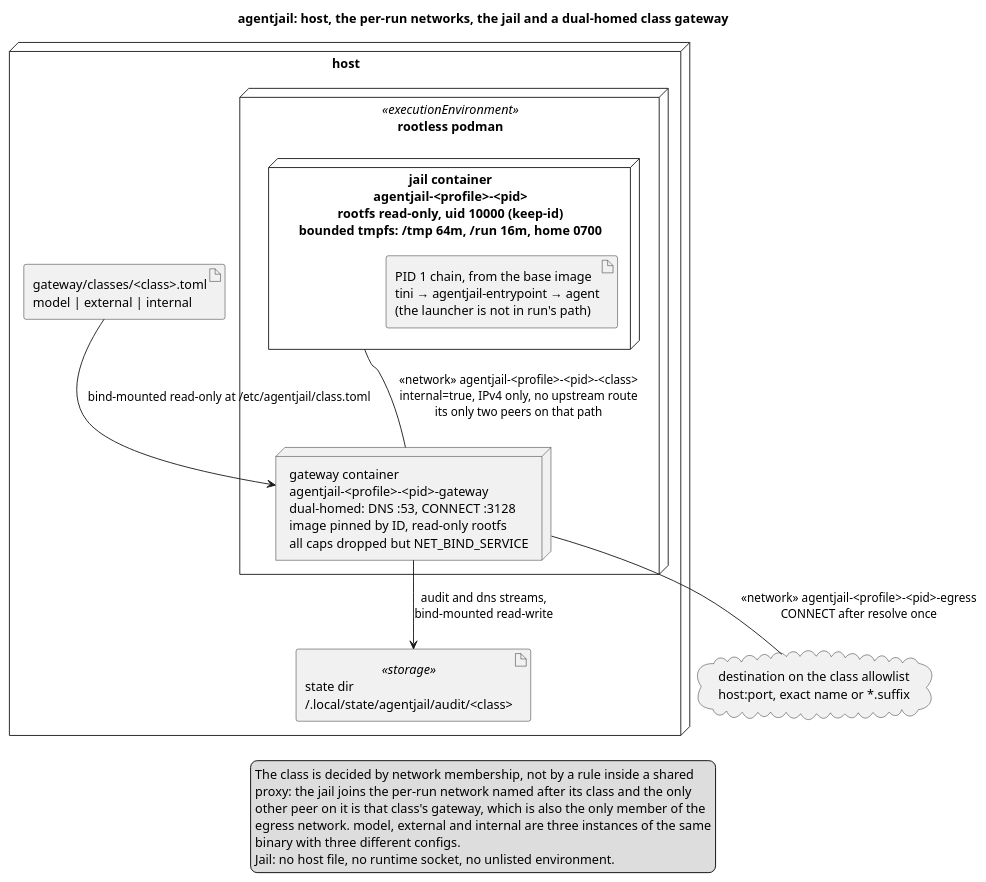
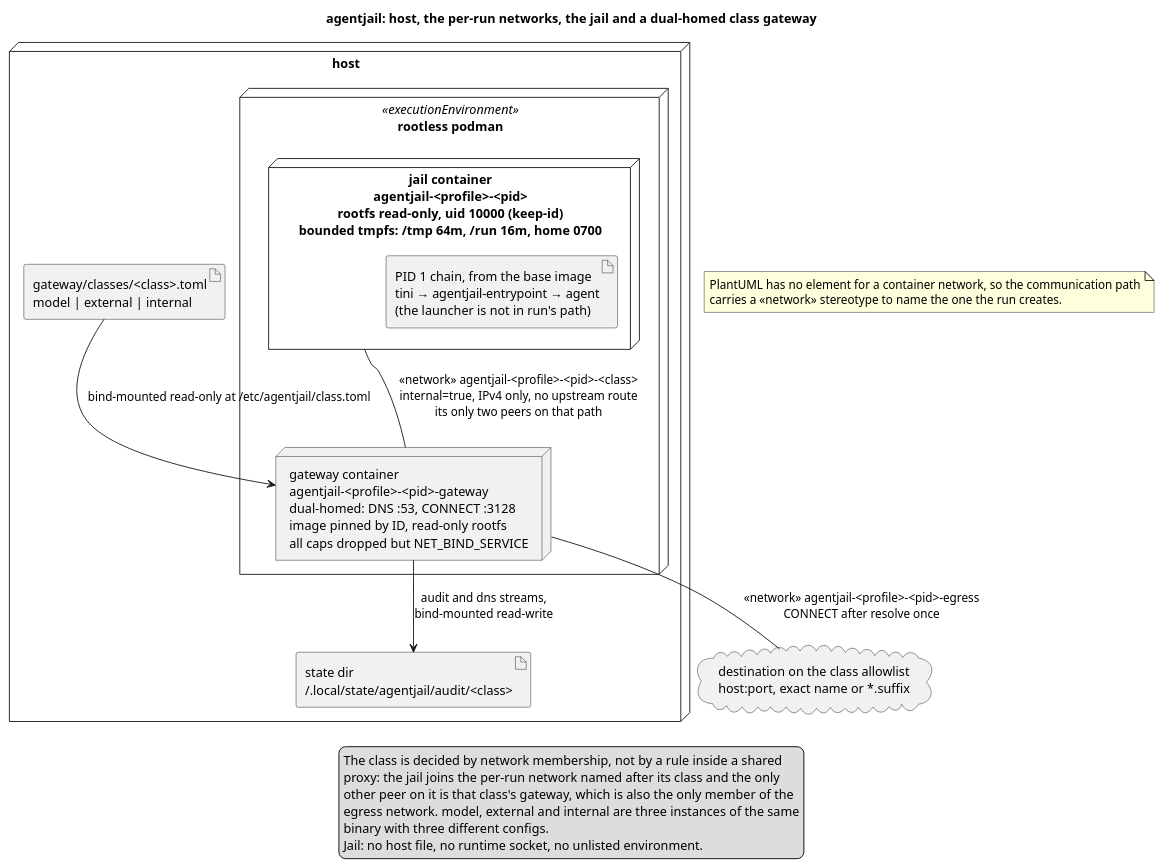
Before and after one commit to Breinich/agentjail: the diagram in docs/diagrams/deployment.puml, drawn with PlantUML. The commit also changed 1 other file, not shown here.

Commit message:
diagrams/deployment: one real stereotype, one documented customisation
`artifact "state dir" <<storage>>` invented a stereotype. There is no UML 2
storage element to swap in: the closest real ones («device», «deployment spec»)
describe hardware or the parameters an artifact is deployed with, not a
directory, so the directory stays an «artifact» — a physical piece of
information, which is what the per-run files are — and its name says "state
dir", which is what it is.

The «network» on a communication path is ours, not UML's, so the diagram now
says so in a note: PlantUML has no element for a container network, and the
path carries the stereotype to name the one the run creates. That turns a
customisation into a decision the next reviewer can check against UML instead
of having to trust it.

```diff
--- a/docs/diagrams/deployment.puml
+++ b/docs/diagrams/deployment.puml
@@ -1,37 +1,42 @@
 @startuml deployment
 ' UML deployment diagram only: nodes, «executionEnvironment», «artifact» and
 ' communication paths, and no other diagram or UML element type. A network is
 ' a path between deployed elements, never an element of its own.
 ' Source of record for docs/diagrams/deployment.svg. Do not edit the SVG:
 ' render it with the pinned PlantUML image (docs/adopting.md).
 ' &#45;&#45; is a literal "--": PlantUML reads --text-- as strikeout.
 title agentjail: host, the per-run networks, the jail and a dual-homed class gateway
 
 node "host" as host {
   node "rootless podman" <<executionEnvironment>> as runtime {
     node "jail container\nagentjail-<profile>-<pid>\nrootfs read-only, uid 10000 (keep-id)\nbounded tmpfs: /tmp 64m, /run 16m, home 0700" as jail {
       artifact "PID 1 chain, from the base image\ntini → agentjail-entrypoint → agent\n(the launcher is not in run's path)" as init
     }
     node "gateway container\nagentjail-<profile>-<pid>-gateway\ndual-homed: DNS :53, CONNECT :3128\nimage pinned by ID, read-only rootfs\nall caps dropped but NET_BIND_SERVICE" as gateway
   }
 
   artifact "gateway/classes/<class>.toml\nmodel | external | internal" as classcfg
-  artifact "state dir\n~/.local/state/agentjail/audit/<class>" <<storage>> as state
+  artifact "state dir\n~/.local/state/agentjail/audit/<class>" as state
 }
 
 cloud "destination on the class allowlist\nhost:port, exact name or *.suffix" as destination
 
 classcfg --> gateway : bind-mounted read-only at /etc/agentjail/class.toml
 jail -- gateway : «network» agentjail-<profile>-<pid>-<class>\ninternal=true, IPv4 only, no upstream route\nits only two peers on that path
 gateway -- destination : «network» agentjail-<profile>-<pid>-egress\nCONNECT after resolve once
 gateway --> state : audit and dns streams,\nbind-mounted read-write
+
+note as netnote
+  PlantUML has no element for a container network, so the communication path
+  carries a «network» stereotype to name the one the run creates.
+end note
 
 legend bottom
   The class is decided by network membership, not by a rule inside a shared
   proxy: the jail joins the per-run network named after its class and the only
   other peer on it is that class's gateway, which is also the only member of the
   egress network. model, external and internal are three instances of the same
   binary with three different configs.
   Jail: no host file, no runtime socket, no unlisted environment.
 endlegend
 @enduml
```
